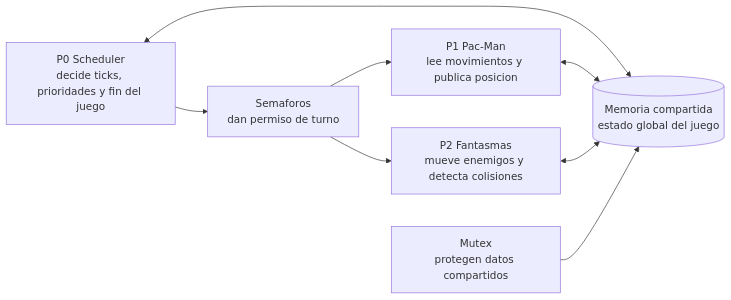
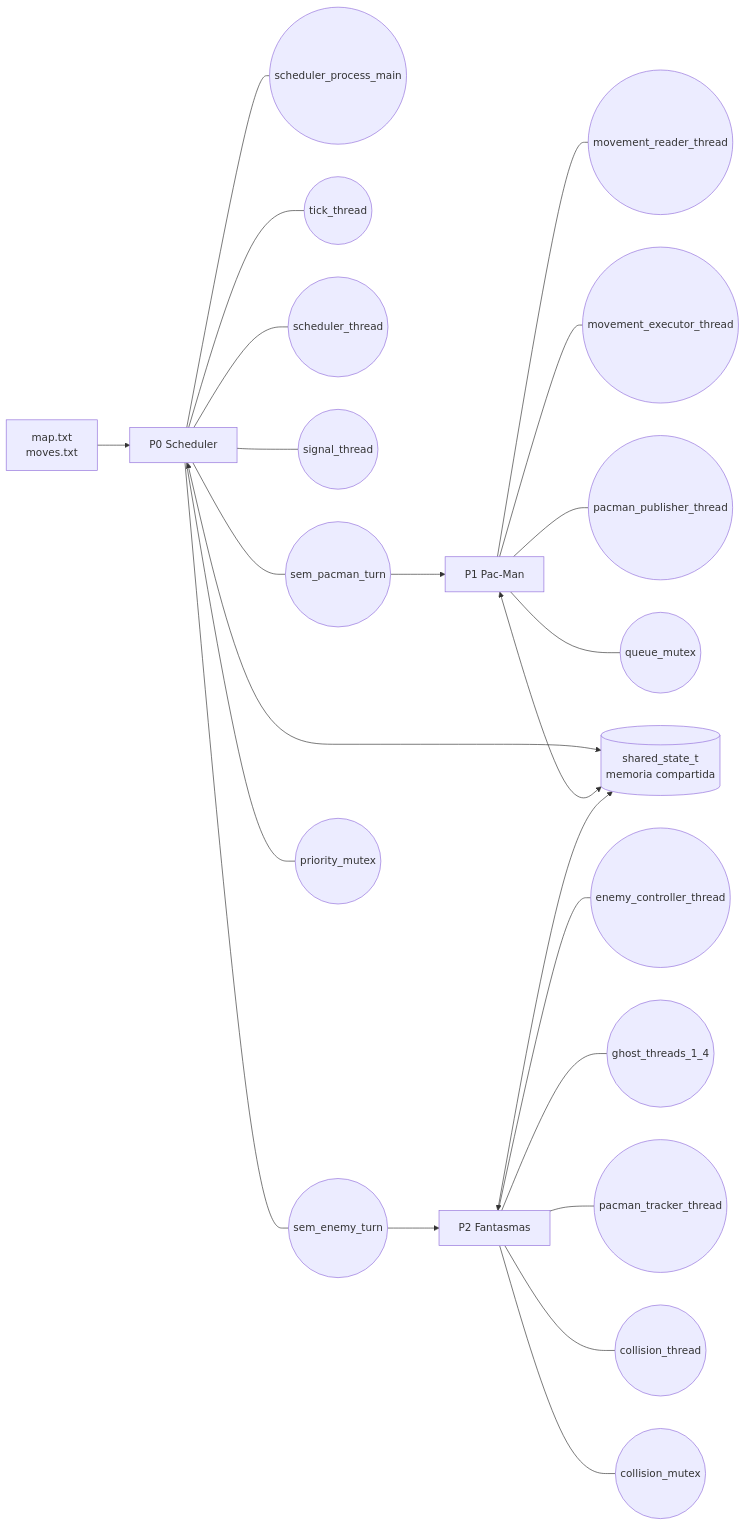
The first of 9 diagrams in GUIA_COMPLETA_PACMAN_CONCURRENTE.md (leonardopanduro-rgb/Proyecto-Sistemas-), drawn with Mermaid before and after one commit. The commit also changed other lines of this file, not shown here.

Commit message:
Refine Pac-Man architecture diagrams

````diff
--- a/GUIA_COMPLETA_PACMAN_CONCURRENTE.md
+++ b/GUIA_COMPLETA_PACMAN_CONCURRENTE.md
@@ -13,17 +13,53 @@
 ```mermaid
 flowchart LR
-    P0["P0 Scheduler<br/>decide ticks, prioridades y fin del juego"]
-    P1["P1 Pac-Man<br/>lee movimientos y publica posicion"]
-    P2["P2 Fantasmas<br/>mueve enemigos y detecta colisiones"]
-    SHM[("Memoria compartida<br/>estado global del juego")]
-    SEM["Semaforos<br/>dan permiso de turno"]
-    MTX["Mutex<br/>protegen datos compartidos"]
+    MAP["map.txt<br/>moves.txt"]
+    P0["P0 Scheduler"]
+    P1["P1 Pac-Man"]
+    P2["P2 Fantasmas"]
+    SHM[("shared_state_t<br/>memoria compartida")]
 
-    P0 --> SEM
-    SEM --> P1
-    SEM --> P2
+    P0_MAIN(("scheduler_process_main"))
+    P0_TICK(("tick_thread"))
+    P0_SCHED(("scheduler_thread"))
+    P0_SIG(("signal_thread"))
+    P0_SEMP(("sem_pacman_turn"))
+    P0_SEME(("sem_enemy_turn"))
+    P0_MTX(("priority_mutex"))
+
+    P1_READER(("movement_reader_thread"))
+    P1_EXEC(("movement_executor_thread"))
+    P1_PUB(("pacman_publisher_thread"))
+    P1_MTX(("queue_mutex"))
+
+    P2_CTRL(("enemy_controller_thread"))
+    P2_GHOSTS(("ghost_threads_1_4"))
+    P2_TRACK(("pacman_tracker_thread"))
+    P2_COLL(("collision_thread"))
+    P2_MTX(("collision_mutex"))
+
+    MAP --> P0
+    P0 --- P0_MAIN
+    P0 --- P0_TICK
+    P0 --- P0_SCHED
+    P0 --- P0_SIG
+    P0 --- P0_SEMP
+    P0 --- P0_SEME
+    P0 --- P0_MTX
+
+    P1 --- P1_READER
+    P1 --- P1_EXEC
+    P1 --- P1_PUB
+    P1 --- P1_MTX
+
+    P2 --- P2_CTRL
+    P2 --- P2_GHOSTS
+    P2 --- P2_TRACK
+    P2 --- P2_COLL
+    P2 --- P2_MTX
+
+    P0_SEMP --> P1
+    P0_SEME --> P2
     P0 <--> SHM
     P1 <--> SHM
     P2 <--> SHM
-    MTX --> SHM
 ```
````
